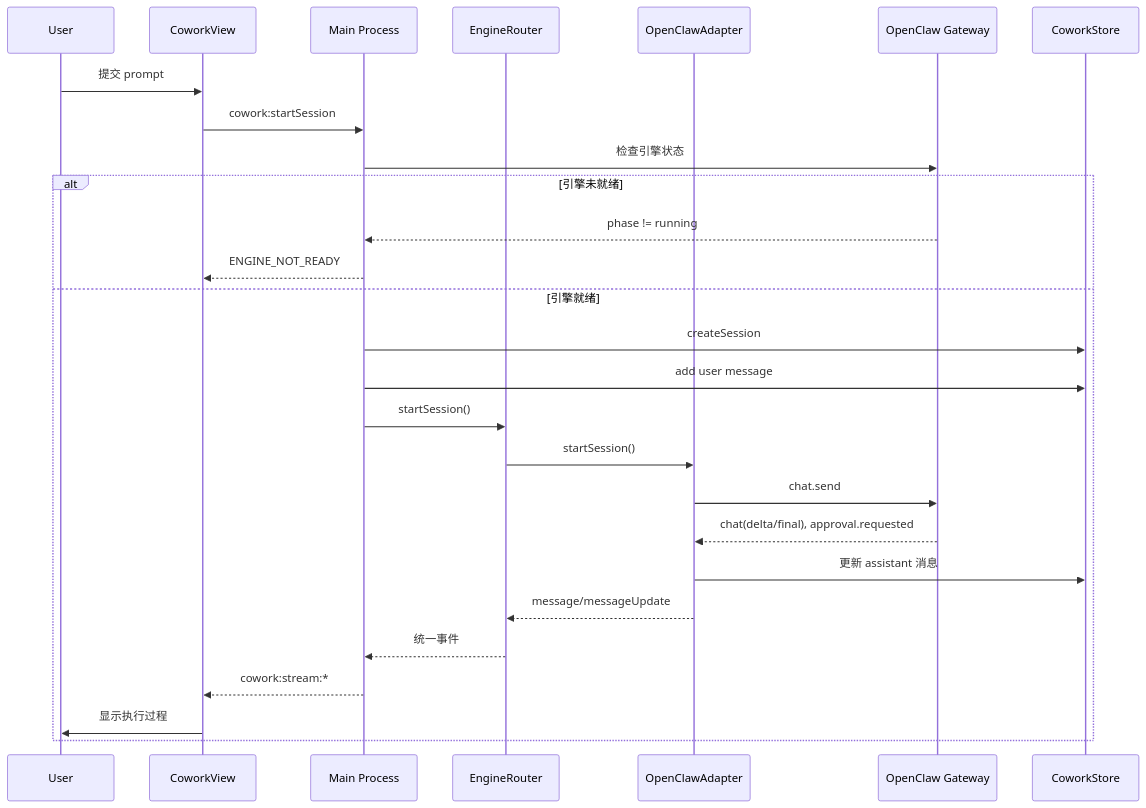
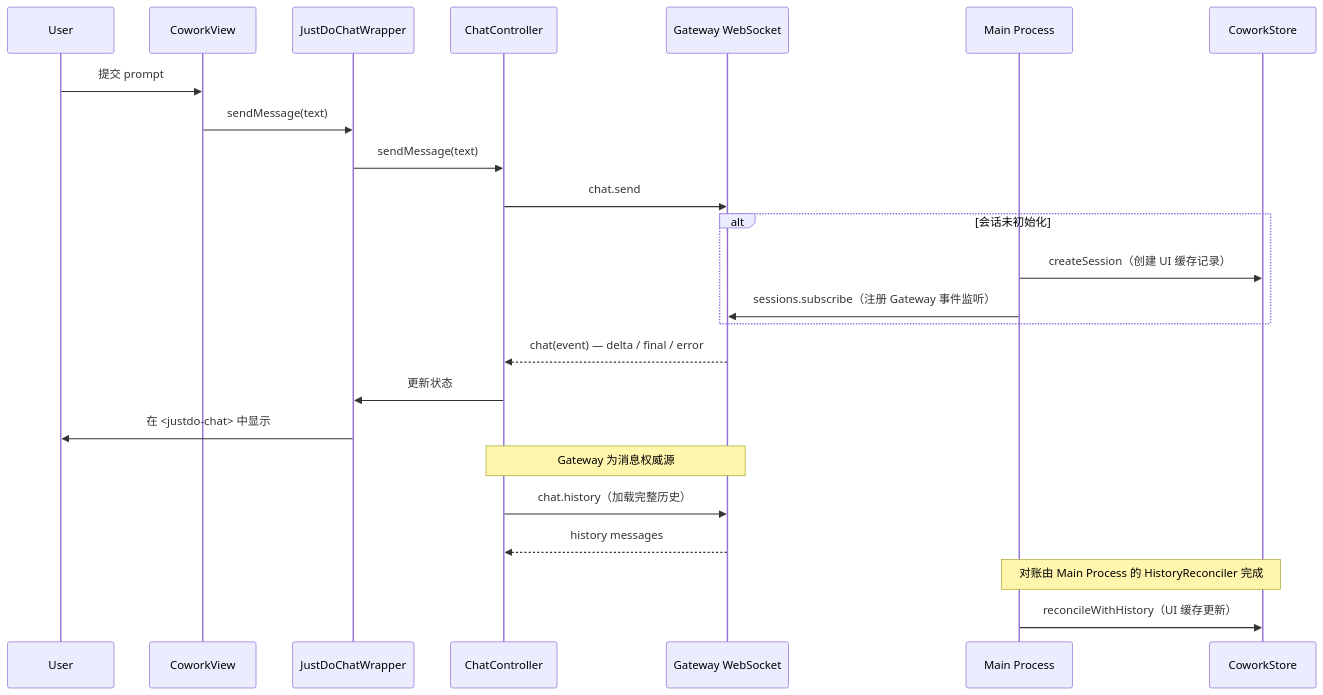
One commit to liangxhao/JustDo changed the first of 4 diagrams in docs/architecture/04-cowork-system.md. Above: the diagram before and after it, drawn with Mermaid. The commit also changed other lines of this file and 31 other files, not shown here.

First line of the commit message:
docs: comprehensive documentation update reflecting v2026.6 Thin Frontend architecture

````diff
--- a/docs/architecture/04-cowork-system.md
+++ b/docs/architecture/04-cowork-system.md
@@ -292,30 +235,27 @@
 ```mermaid
 sequenceDiagram
   participant U as User
-  participant GUI as CoworkView
-  participant IPC as Main Process
-  participant Router as EngineRouter
-  participant OA as OpenClawAdapter
-  participant GW as OpenClaw Gateway
+  participant CV as CoworkView
+  participant JDW as JustDoChatWrapper
+  participant CC as ChatController
+  participant GW as Gateway WebSocket
+  participant MP as Main Process
   participant DB as CoworkStore
-  
-  U->>GUI: 提交 prompt
-  GUI->>IPC: cowork:startSession
-  IPC->>GW: 检查引擎状态
-  alt 引擎未就绪
-    GW-->>IPC: phase != running
-    IPC-->>GUI: ENGINE_NOT_READY
-  else 引擎就绪
-    IPC->>DB: createSession
-    IPC->>DB: add user message
-    IPC->>Router: startSession()
-    Router->>OA: startSession()
-    OA->>GW: chat.send
-    GW-->>OA: chat(delta/final), approval.requested
-    OA->>DB: 更新 assistant 消息
-    OA-->>Router: message/messageUpdate
-    Router-->>IPC: 统一事件
-    IPC-->>GUI: cowork:stream:*
-    GUI->>U: 显示执行过程
+
+  U->>CV: 提交 prompt
+  CV->>JDW: sendMessage(text)
+  JDW->>CC: sendMessage(text)
+  CC->>GW: chat.send
+  alt 会话未初始化
+    MP->>DB: createSession（创建 UI 缓存记录）
+    MP->>GW: sessions.subscribe（注册 Gateway 事件监听）
   end
+  GW-->>CC: chat(event) — delta / final / error
+  CC->>JDW: 更新状态
+  JDW->>U: 在 <justdo-chat> 中显示
+  Note over CC,GW: Gateway 为消息权威源
+  CC->>GW: chat.history（加载完整历史）
+  GW-->>CC: history messages
+  Note over MP,DB: 对账由 Main Process 的 HistoryReconciler 完成
+  MP->>DB: reconcileWithHistory（UI 缓存更新）
 ```
````
